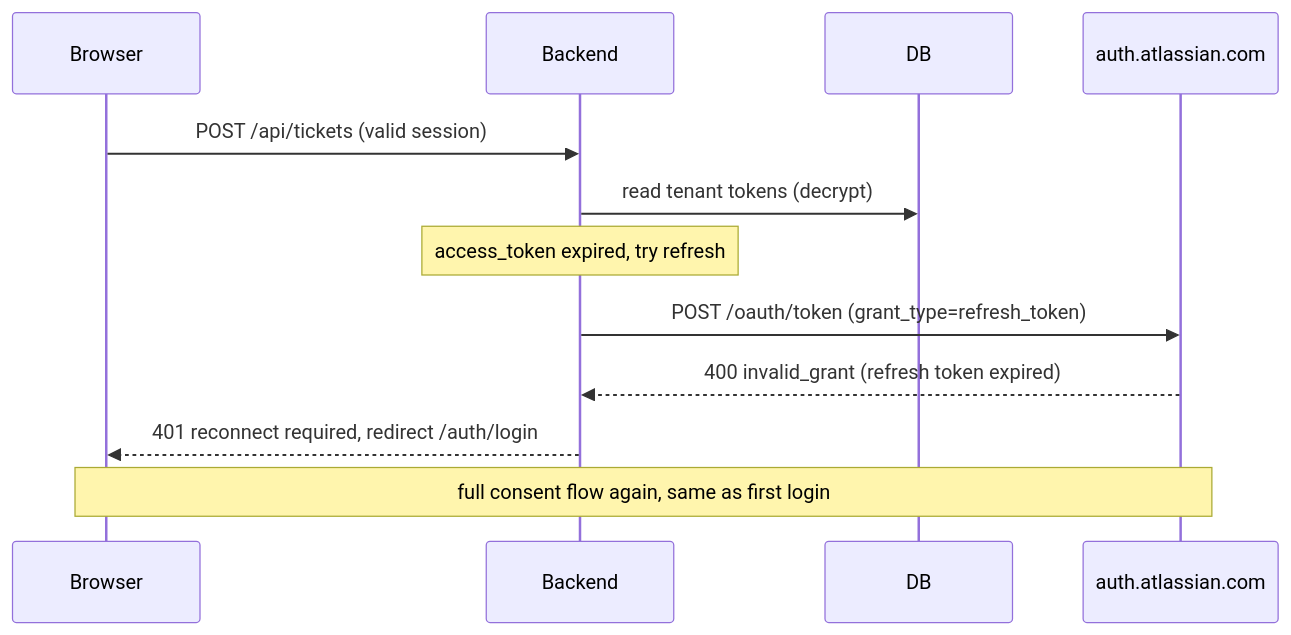
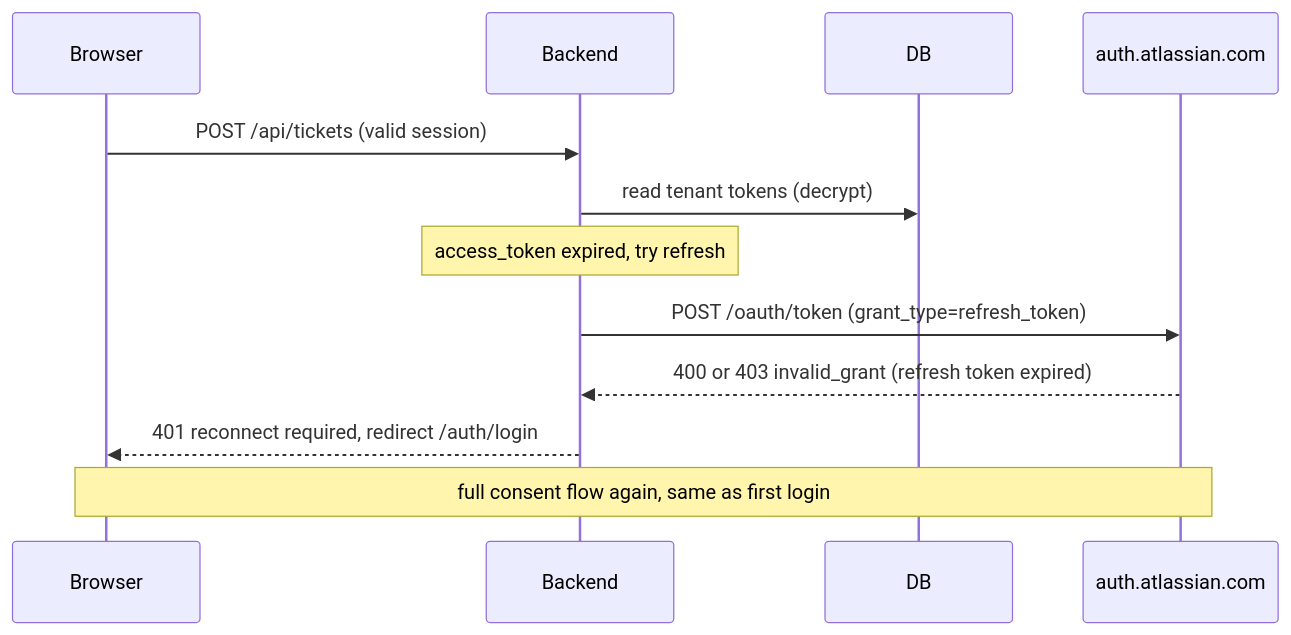
The sixth of 8 diagrams in docs/backend-design.md (stavalfi/oasis), drawn with Mermaid before and after one commit. The commit also changed other lines of this file and 5 other files, not shown here.

````diff
--- a/docs/backend-design.md
+++ b/docs/backend-design.md
@@ -710,15 +800,15 @@
 ```mermaid
 sequenceDiagram
   participant Browser
   participant Backend
   participant DB
   participant Auth as auth.atlassian.com
 
   Browser->>Backend: POST /api/tickets (valid session)
   Backend->>DB: read tenant tokens (decrypt)
   Note over Backend: access_token expired, try refresh
   Backend->>Auth: POST /oauth/token (grant_type=refresh_token)
-  Auth-->>Backend: 400 invalid_grant (refresh token expired)
+  Auth-->>Backend: 400 or 403 invalid_grant (refresh token expired)
   Backend-->>Browser: 401 reconnect required, redirect /auth/login
   Note over Browser,Auth: full consent flow again, same as first login
 ```
````
